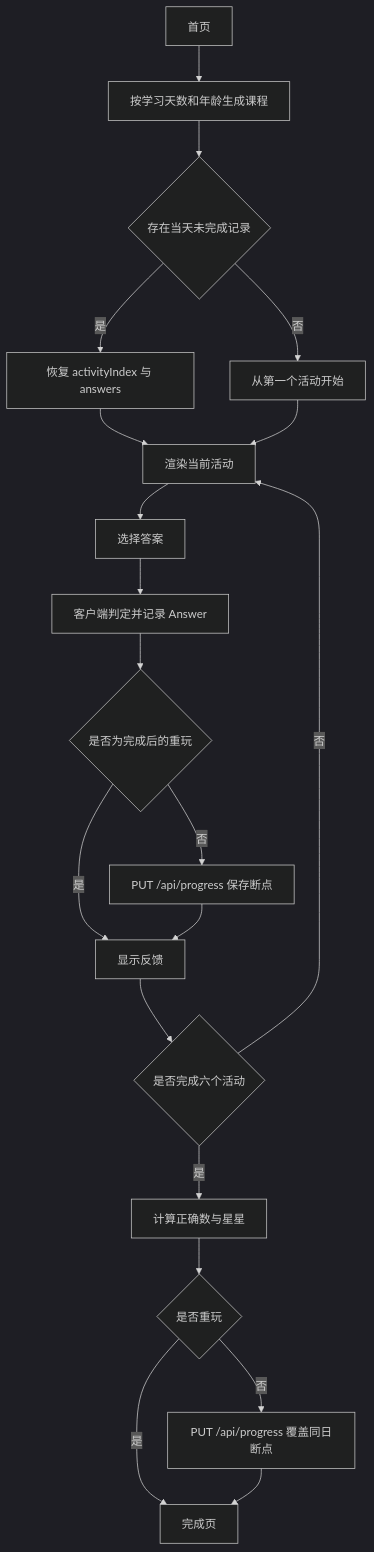
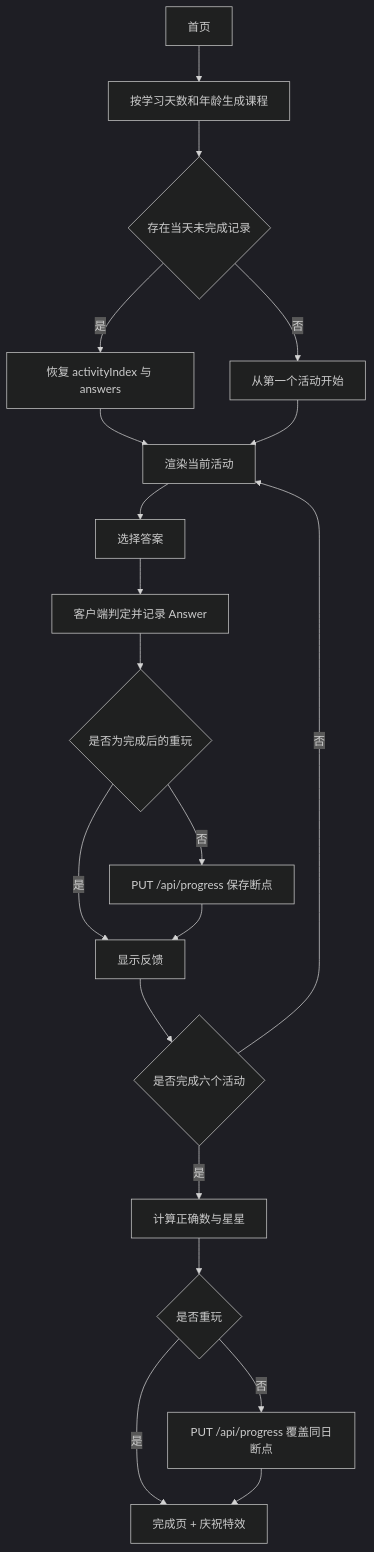
Before and after one commit to guccang/yuanbao: the second of 5 diagrams in docs/codinghub/flows.md, drawn with Mermaid (dark theme). The commit also changed other lines of this file and 3 other files, not shown here.

````diff
--- a/docs/codinghub/flows.md
+++ b/docs/codinghub/flows.md
@@ -51,22 +51,22 @@
 ```mermaid
 flowchart TD
     Home[首页] --> Generate[按学习天数和年龄生成课程]
     Generate --> Draft{存在当天未完成记录}
     Draft -->|是| Resume[恢复 activityIndex 与 answers]
     Draft -->|否| Start[从第一个活动开始]
     Resume --> Show[渲染当前活动]
     Start --> Show
     Show --> Choose[选择答案]
     Choose --> Evaluate[客户端判定并记录 Answer]
     Evaluate --> Review{是否为完成后的重玩}
     Review -->|否| SaveDraft[PUT /api/progress 保存断点]
     Review -->|是| Feedback[显示反馈]
     SaveDraft --> Feedback
     Feedback --> Last{是否完成六个活动}
     Last -->|否| Show
     Last -->|是| Summary[计算正确数与星星]
     Summary --> WriteDone{是否重玩}
     WriteDone -->|否| SaveDone[PUT /api/progress 覆盖同日断点]
-    WriteDone -->|是| Complete[完成页]
+    WriteDone -->|是| Complete[完成页 + 庆祝特效]
     SaveDone --> Complete
 ```
````
